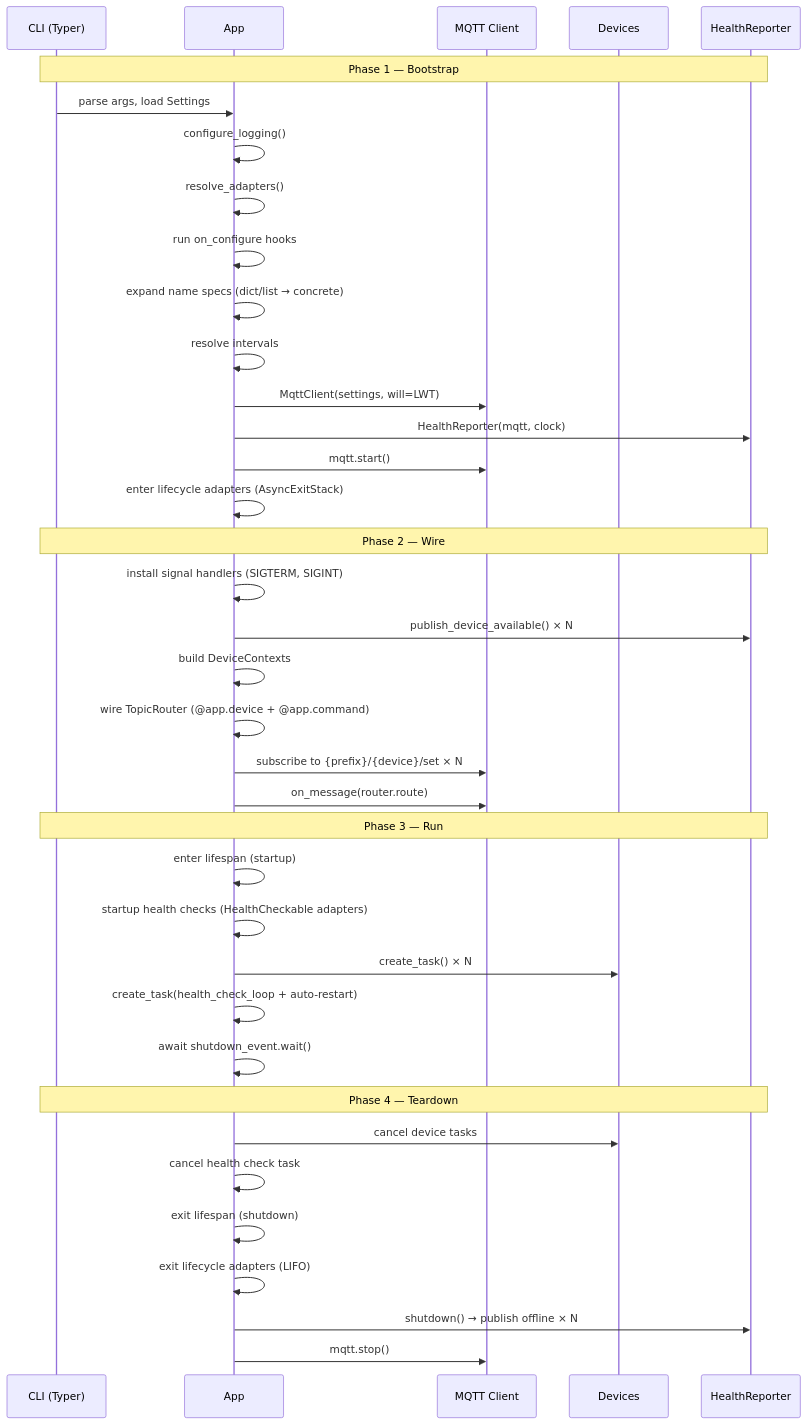
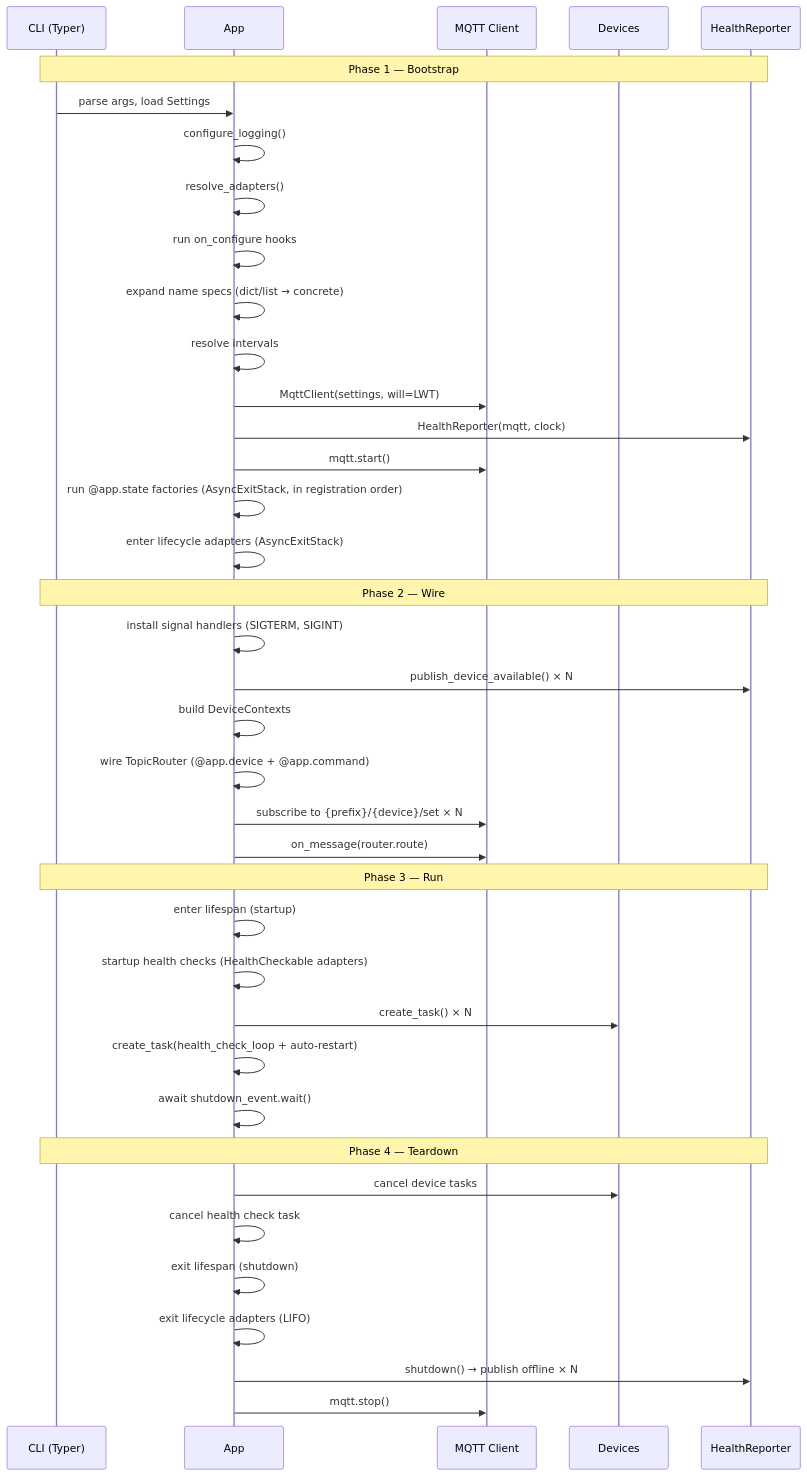
One commit to ff-fab/cosalette changed the diagram in docs/concepts/lifecycle.md. Above: the diagram before and after it, drawn with Mermaid. The commit also changed other lines of this file and 14 other files, not shown here.

````diff
--- a/docs/concepts/lifecycle.md
+++ b/docs/concepts/lifecycle.md
@@ -13,43 +13,44 @@
 ```mermaid
 sequenceDiagram
     participant CLI as CLI (Typer)
     participant App
     participant MQTT as MQTT Client
     participant Devices
     participant Health as HealthReporter
 
     Note over CLI,Health: Phase 1 — Bootstrap
     CLI->>App: parse args, load Settings
     App->>App: configure_logging()
     App->>App: resolve_adapters()
     App->>App: run on_configure hooks
     App->>App: expand name specs (dict/list → concrete)
     App->>App: resolve intervals
     App->>MQTT: MqttClient(settings, will=LWT)
     App->>Health: HealthReporter(mqtt, clock)
     App->>MQTT: mqtt.start()
+    App->>App: run @app.state factories (AsyncExitStack, in registration order)
     App->>App: enter lifecycle adapters (AsyncExitStack)
 
     Note over CLI,Health: Phase 2 — Wire
     App->>App: install signal handlers (SIGTERM, SIGINT)
     App->>Health: publish_device_available() × N
     App->>App: build DeviceContexts
     App->>App: wire TopicRouter (@app.device + @app.command)
     App->>MQTT: subscribe to {prefix}/{device}/set × N
     App->>MQTT: on_message(router.route)
 
     Note over CLI,Health: Phase 3 — Run
     App->>App: enter lifespan (startup)
     App->>App: startup health checks (HealthCheckable adapters)
     App->>Devices: create_task() × N
     App->>App: create_task(health_check_loop + auto-restart)
     App->>App: await shutdown_event.wait()
 
     Note over CLI,Health: Phase 4 — Teardown
     App->>Devices: cancel device tasks
     App->>App: cancel health check task
     App->>App: exit lifespan (shutdown)
     App->>App: exit lifecycle adapters (LIFO)
     App->>Health: shutdown() → publish offline × N
     App->>MQTT: mqtt.stop()
 ```
````
